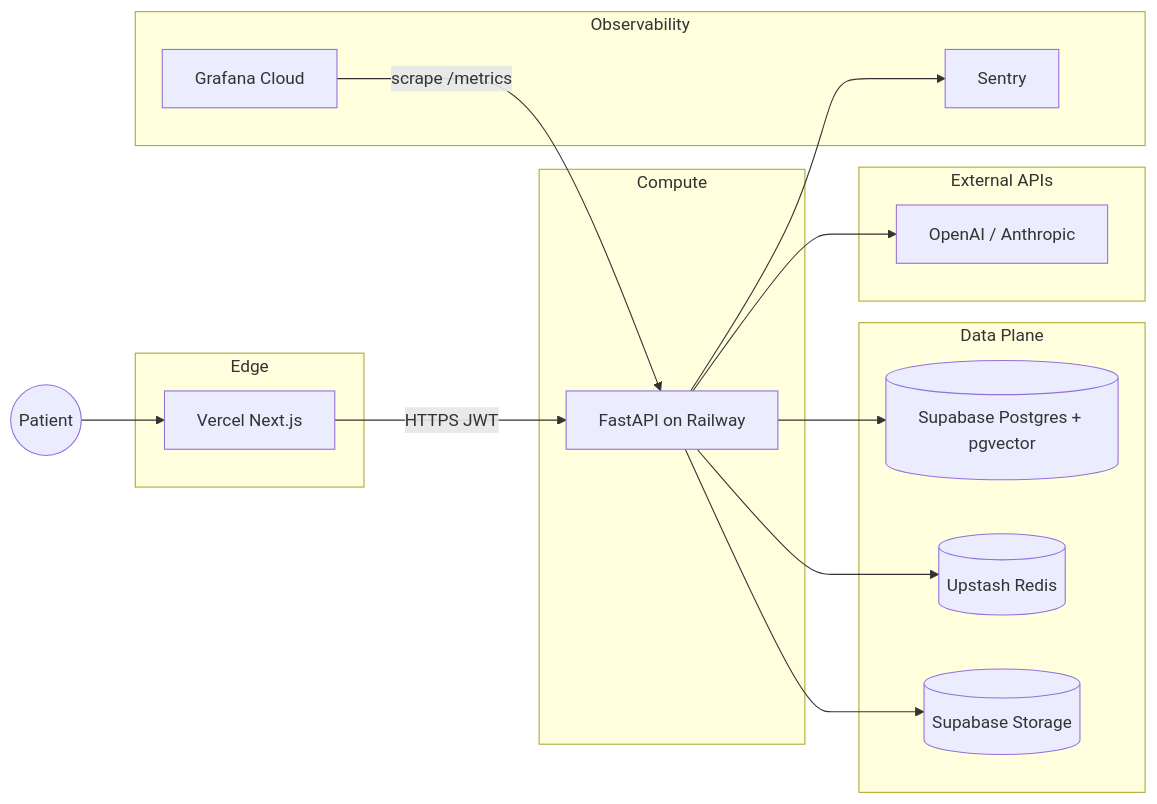
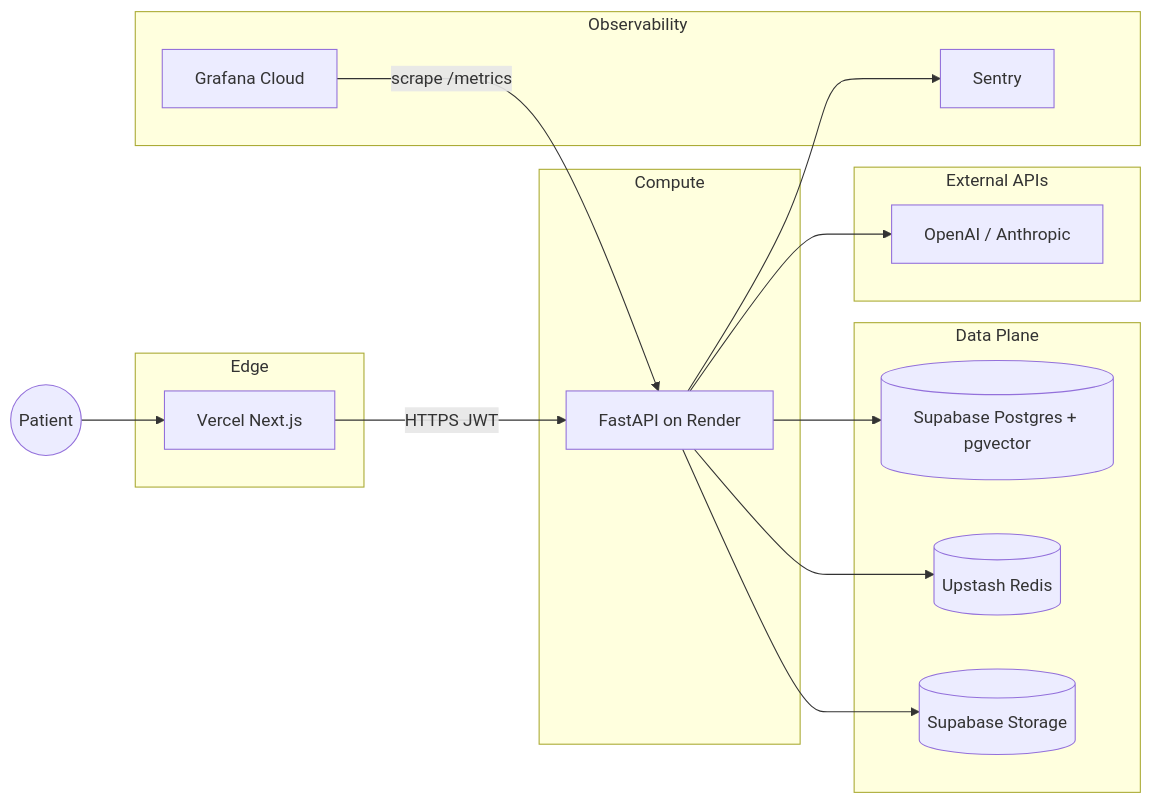
Before and after one commit to alianjum-web/Autonomous-Scheduling-Platform: the diagram in docs/DEPLOYMENT.md, drawn with Mermaid. The commit also changed other lines of this file and 1 other file, not shown here.

First line of the commit message:
Refactor deployment workflow and update documentation for Render integration

````diff
--- a/docs/DEPLOYMENT.md
+++ b/docs/DEPLOYMENT.md
@@ -21,34 +21,34 @@
 ```mermaid
 flowchart LR
     subgraph edge [Edge]
         Vercel[Vercel Next.js]
     end
 
     subgraph compute [Compute]
-        Railway[FastAPI on Railway]
+        Render[FastAPI on Render]
     end
 
     subgraph data [Data Plane]
         Supabase[(Supabase Postgres + pgvector)]
         Upstash[(Upstash Redis)]
         Storage[(Supabase Storage)]
     end
 
     subgraph external [External APIs]
         OpenAI[OpenAI / Anthropic]
     end
 
     subgraph observe [Observability]
         Sentry[Sentry]
         Grafana[Grafana Cloud]
     end
 
     Patient((Patient)) --> Vercel
-    Vercel -->|HTTPS JWT| Railway
-    Railway --> Supabase
-    Railway --> Upstash
-    Railway --> Storage
-    Railway --> OpenAI
-    Railway --> Sentry
-    Grafana -->|scrape /metrics| Railway
+    Vercel -->|HTTPS JWT| Render
+    Render --> Supabase
+    Render --> Upstash
+    Render --> Storage
+    Render --> OpenAI
+    Render --> Sentry
+    Grafana -->|scrape /metrics| Render
 ```
````
